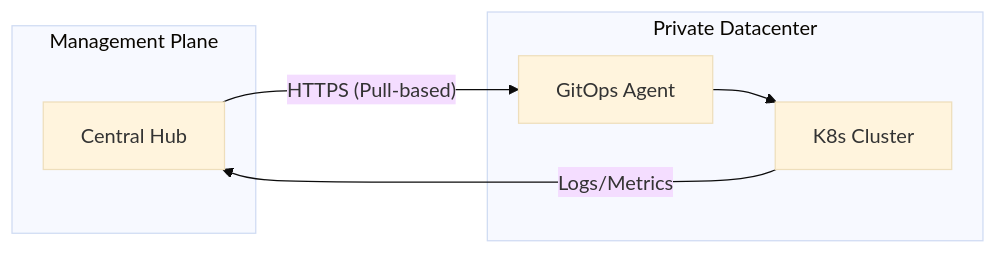
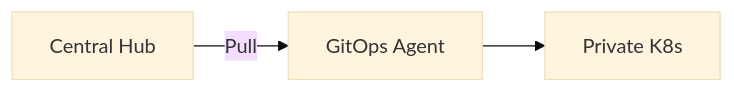
The second of 30 diagrams in README.md (Devopstrio/hybrid-kubernetes-pattern), drawn with Mermaid (base theme) before and after one commit. The commit also changed other lines of this file, not shown here.

Commit message:
docs: expand README with 30+ architectural diagrams

````diff
--- a/README.md
+++ b/README.md
@@ -97,13 +45,5 @@
 ```mermaid
 graph LR
-    subgraph "Management Plane"
-        Hub[Central Hub]
-    end
-    subgraph "Private Datacenter"
-        Agent[GitOps Agent]
-        Cluster[K8s Cluster]
-    end
-    Hub -- "HTTPS (Pull-based)" --> Agent
-    Agent --> Cluster
-    Cluster -- "Logs/Metrics" --> Hub
+    Hub[Central Hub] -- Pull --> Agent[GitOps Agent]
+    Agent --> Cluster[Private K8s]
 ```
````
